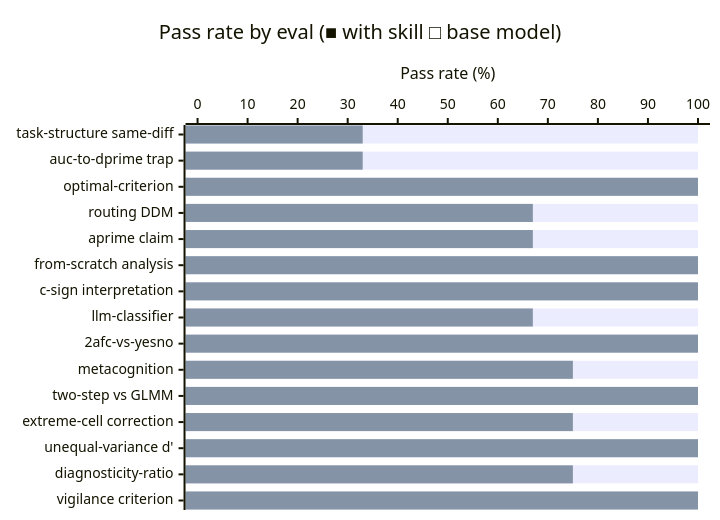
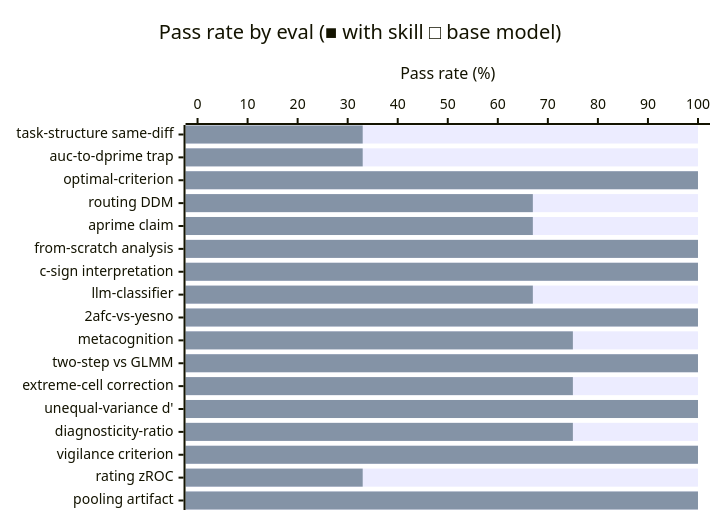
The diagram in signal-detection-theory/README.md (JacobElder/jakes-skills), drawn with Mermaid before and after one commit. The commit also changed other lines of this file and 12 other files, not shown here.

````diff
--- a/signal-detection-theory/README.md
+++ b/signal-detection-theory/README.md
@@ -194,8 +194,8 @@
 ```mermaid
 xychart-beta horizontal
     title "Pass rate by eval (■ with skill  □ base model)"
-    x-axis ["task-structure same-diff", "auc-to-dprime trap", "optimal-criterion", "routing DDM", "aprime claim", "from-scratch analysis", "c-sign interpretation", "llm-classifier", "2afc-vs-yesno", "metacognition", "two-step vs GLMM", "extreme-cell correction", "unequal-variance d'", "diagnosticity-ratio", "vigilance criterion"]
+    x-axis ["task-structure same-diff", "auc-to-dprime trap", "optimal-criterion", "routing DDM", "aprime claim", "from-scratch analysis", "c-sign interpretation", "llm-classifier", "2afc-vs-yesno", "metacognition", "two-step vs GLMM", "extreme-cell correction", "unequal-variance d'", "diagnosticity-ratio", "vigilance criterion", "rating zROC", "pooling artifact"]
     y-axis "Pass rate (%)" 0 --> 100
-    bar [100, 100, 100, 100, 100, 100, 100, 100, 100, 100, 100, 100, 100, 100, 100]
-    bar [33, 33, 100, 67, 67, 100, 100, 67, 100, 75, 100, 75, 100, 75, 100]
+    bar [100, 100, 100, 100, 100, 100, 100, 100, 100, 100, 100, 100, 100, 100, 100, 100, 100]
+    bar [33, 33, 100, 67, 67, 100, 100, 67, 100, 75, 100, 75, 100, 75, 100, 33, 100]
 ```
````
